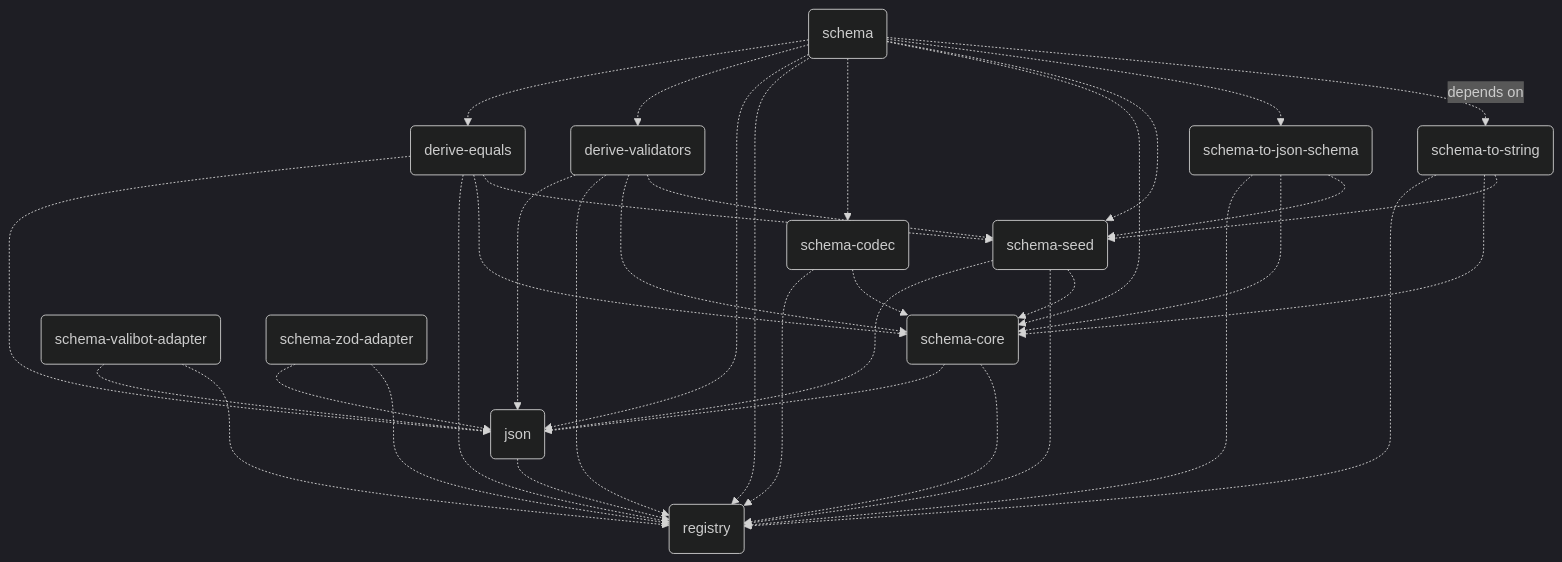
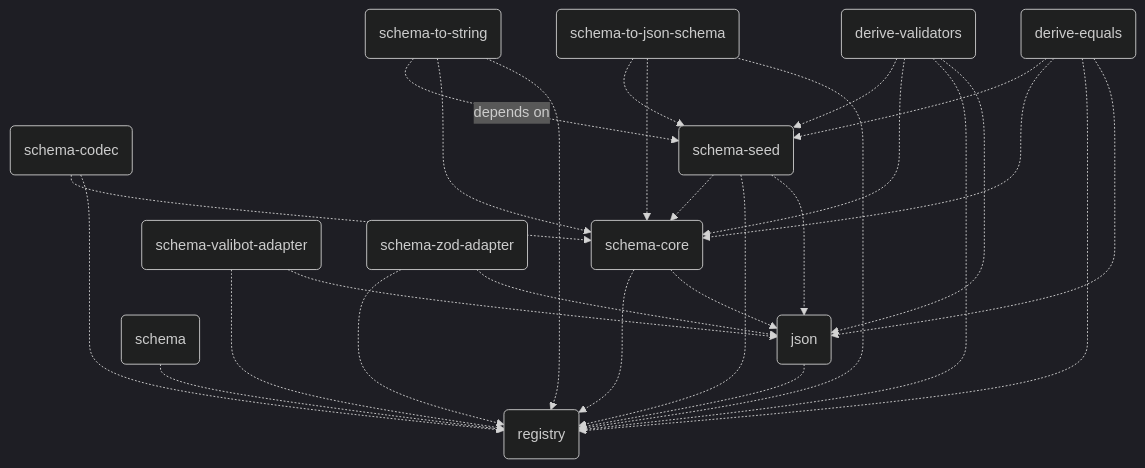
One commit to traversable/schema changed the diagram in README.md. Above: the diagram before and after it, drawn with Mermaid (dark theme). The commit also changed 7 other files, not shown here.

````diff
--- a/README.md
+++ b/README.md
@@ -168,39 +168,31 @@
 ```mermaid
 flowchart TD
     registry(registry)
     json(json) -.-> registry(registry)
+    schema(schema) -.-> registry(registry)
     schema-core(schema-core) -.-> json(json)
     schema-core(schema-core) -.-> registry(registry)
     schema-valibot-adapter(schema-valibot-adapter) -.-> json(json)
     schema-valibot-adapter(schema-valibot-adapter) -.-> registry(registry)
     schema-zod-adapter(schema-zod-adapter) -.-> json(json)
     schema-zod-adapter(schema-zod-adapter) -.-> registry(registry)
     schema-codec(schema-codec) -.-> registry(registry)
     schema-codec(schema-codec) -.-> schema-core(schema-core)
     schema-seed(schema-seed) -.-> json(json)
     schema-seed(schema-seed) -.-> registry(registry)
     schema-seed(schema-seed) -.-> schema-core(schema-core)
     derive-equals(derive-equals) -.-> json(json)
     derive-equals(derive-equals) -.-> registry(registry)
     derive-equals(derive-equals) -.-> schema-core(schema-core)
     derive-equals(derive-equals) -.-> schema-seed(schema-seed)
     derive-validators(derive-validators) -.-> json(json)
     derive-validators(derive-validators) -.-> registry(registry)
     derive-validators(derive-validators) -.-> schema-core(schema-core)
     derive-validators(derive-validators) -.-> schema-seed(schema-seed)
     schema-to-json-schema(schema-to-json-schema) -.-> registry(registry)
     schema-to-json-schema(schema-to-json-schema) -.-> schema-core(schema-core)
     schema-to-json-schema(schema-to-json-schema) -.-> schema-seed(schema-seed)
     schema-to-string(schema-to-string) -.-> registry(registry)
     schema-to-string(schema-to-string) -.-> schema-core(schema-core)
-    schema-to-string(schema-to-string) -.-> schema-seed(schema-seed)
-    schema(schema) -.-> derive-equals(derive-equals)
-    schema(schema) -.-> derive-validators(derive-validators)
-    schema(schema) -.-> json(json)
-    schema(schema) -.-> registry(registry)
-    schema(schema) -.-> schema-codec(schema-codec)
-    schema(schema) -.-> schema-core(schema-core)
-    schema(schema) -.-> schema-seed(schema-seed)
-    schema(schema) -.-> schema-to-json-schema(schema-to-json-schema)
-    schema(schema) -.depends on.-> schema-to-string(schema-to-string)
+    schema-to-string(schema-to-string) -.depends on.-> schema-seed(schema-seed)
 ```
````
